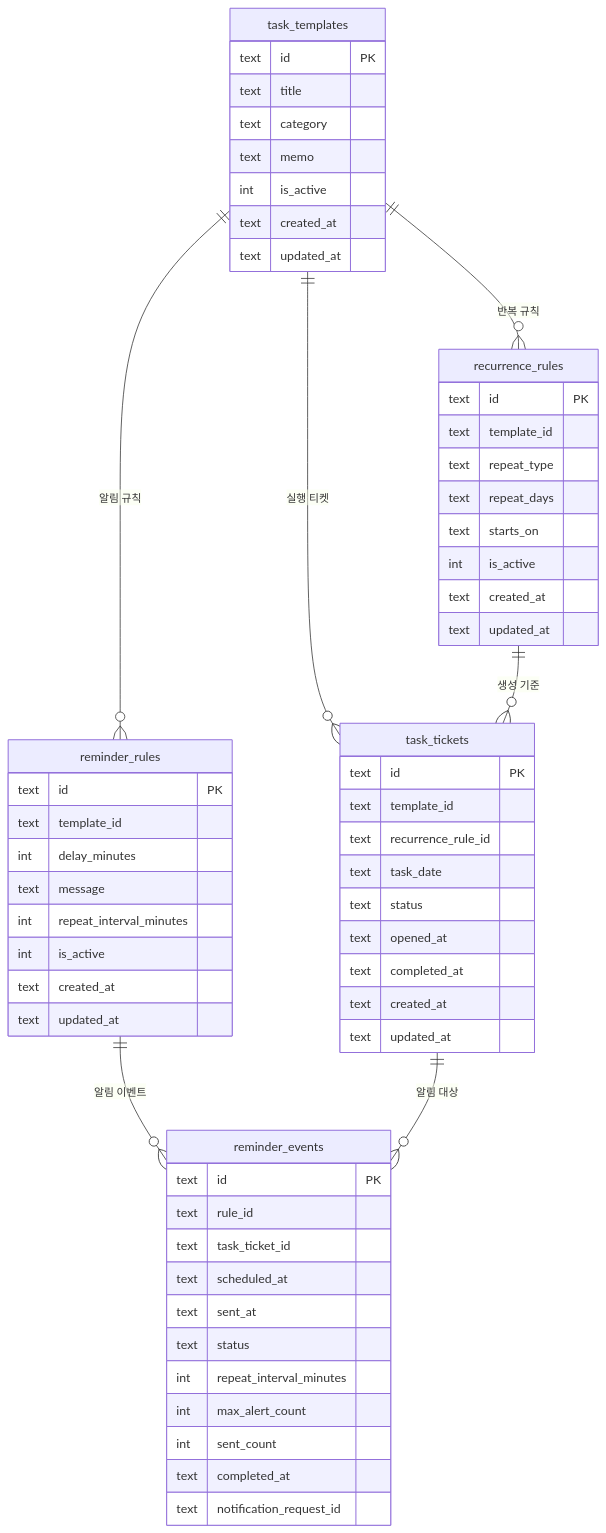
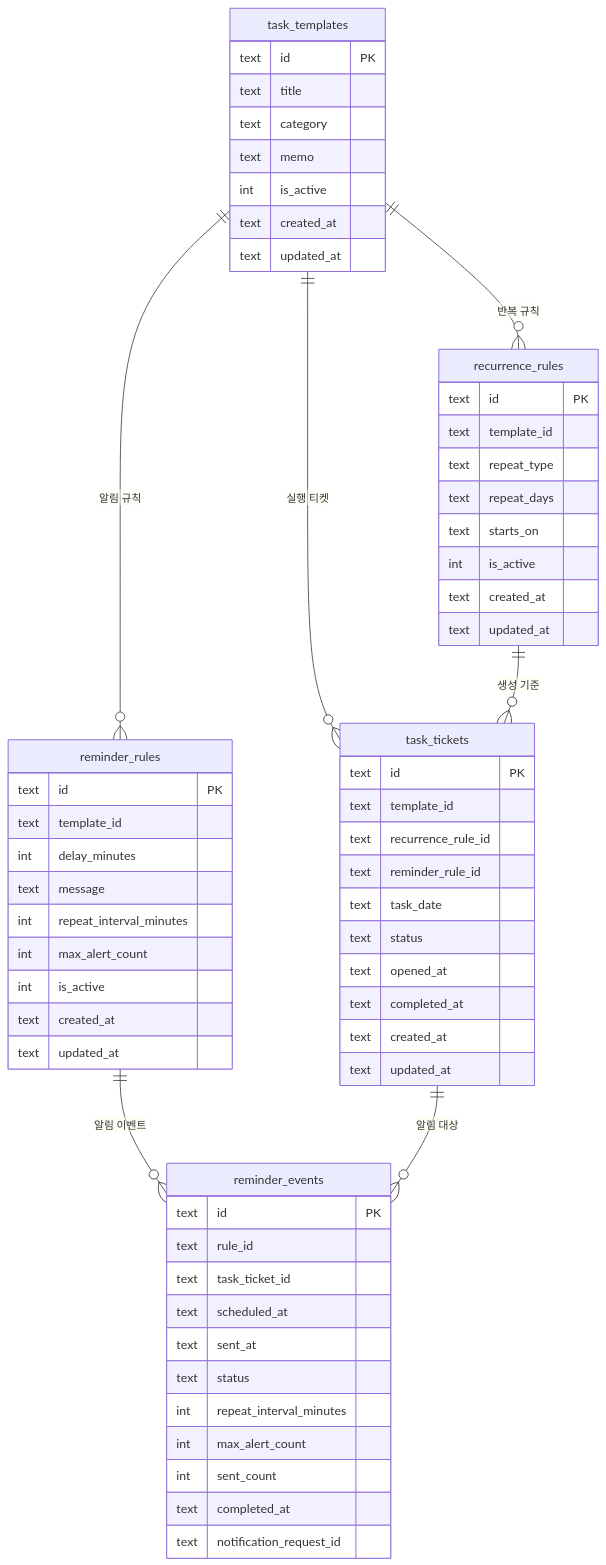
One commit to kimst5418/daily-routine changed the diagram in docs/데이터구조-개편안.md. Above: the diagram before and after it, drawn with Mermaid. The commit also changed other lines of this file and 6 other files, not shown here.

````diff
--- a/docs/데이터구조-개편안.md
+++ b/docs/데이터구조-개편안.md
@@ -22,67 +22,69 @@
 ```mermaid
 erDiagram
     task_templates {
         text id PK
         text title
         text category
         text memo
         int is_active
         text created_at
         text updated_at
     }
 
     recurrence_rules {
         text id PK
         text template_id
         text repeat_type
         text repeat_days
         text starts_on
         int is_active
         text created_at
         text updated_at
     }
 
     task_tickets {
         text id PK
         text template_id
         text recurrence_rule_id
+        text reminder_rule_id
         text task_date
         text status
         text opened_at
         text completed_at
         text created_at
         text updated_at
     }
 
     reminder_rules {
         text id PK
         text template_id
         int delay_minutes
         text message
         int repeat_interval_minutes
+        int max_alert_count
         int is_active
         text created_at
         text updated_at
     }
 
     reminder_events {
         text id PK
         text rule_id
         text task_ticket_id
         text scheduled_at
         text sent_at
         text status
         int repeat_interval_minutes
         int max_alert_count
         int sent_count
         text completed_at
         text notification_request_id
     }
 
     task_templates ||--o{ recurrence_rules : "반복 규칙"
     task_templates ||--o{ task_tickets : "실행 티켓"
     recurrence_rules ||--o{ task_tickets : "생성 기준"
     task_templates ||--o{ reminder_rules : "알림 규칙"
     reminder_rules ||--o{ reminder_events : "알림 이벤트"
     task_tickets ||--o{ reminder_events : "알림 대상"
 ```
````
